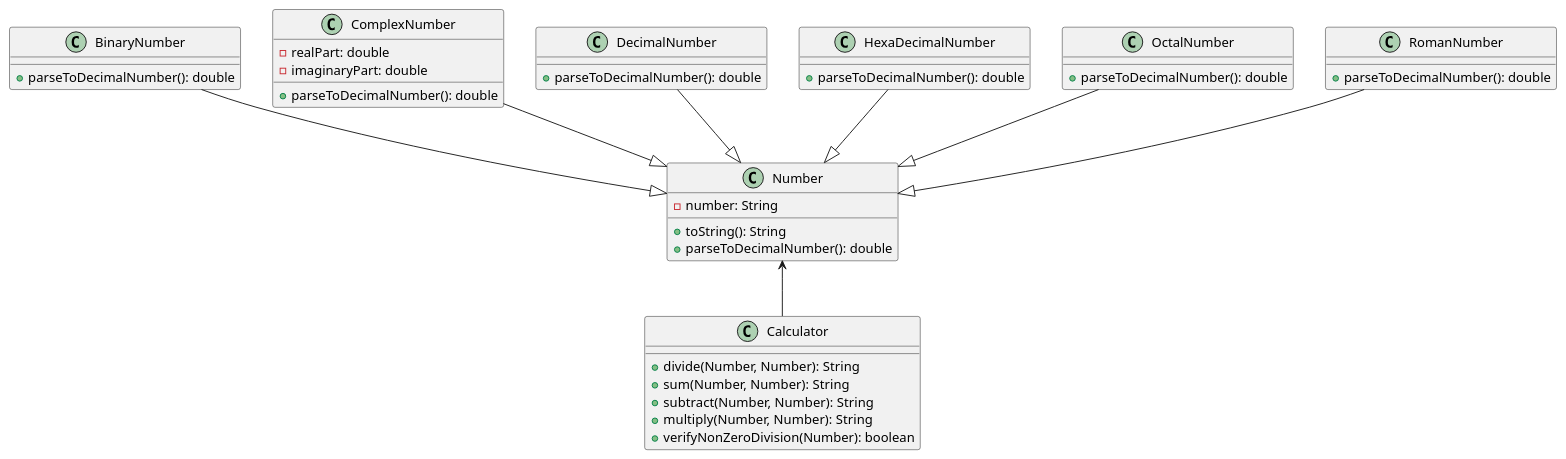
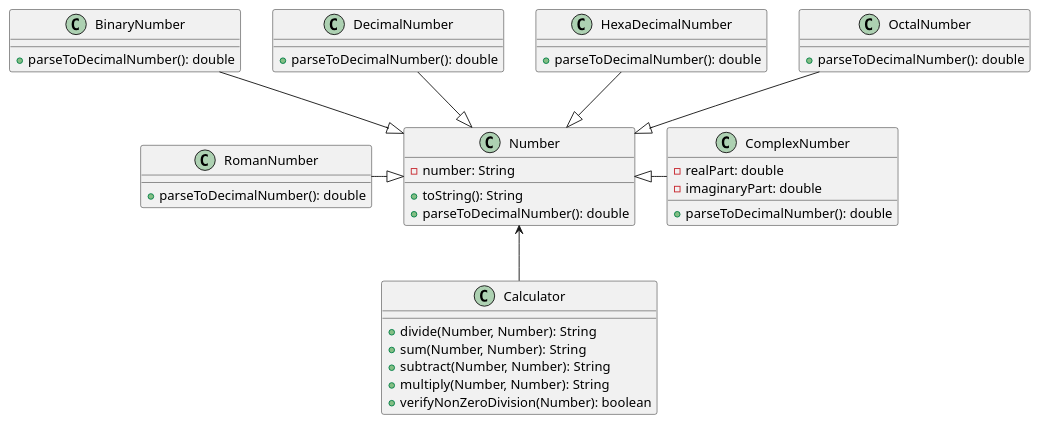
Before and after one commit to wesdell/calculator_design: the diagram in src/Calculator.puml, drawn with PlantUML.

Commit message:
Update calculator design

```diff
--- a/src/Calculator.puml
+++ b/src/Calculator.puml
@@ -1,43 +1,43 @@
 @startuml
 class BinaryNumber {
   + parseToDecimalNumber(): double
 }
 class Calculator {
   + divide(Number, Number): String
   + sum(Number, Number): String
   + subtract(Number, Number): String
   + multiply(Number, Number): String
   + verifyNonZeroDivision(Number): boolean
 }
 class ComplexNumber {
   - realPart: double
   - imaginaryPart: double
   + parseToDecimalNumber(): double
 }
 class DecimalNumber {
   + parseToDecimalNumber(): double
 }
 class HexaDecimalNumber {
   + parseToDecimalNumber(): double
 }
 class Number {
   - number: String
   + toString(): String
   + parseToDecimalNumber(): double
 }
 class OctalNumber {
   + parseToDecimalNumber(): double
 }
 class RomanNumber {
   + parseToDecimalNumber(): double
 }
 
 Calculator -u-> Number
 
-BinaryNumber       --|>  Number
-ComplexNumber      --|>  Number
-DecimalNumber      --|>  Number
-HexaDecimalNumber  --|>  Number
-OctalNumber        --|>  Number
-RomanNumber        --|>  Number
+BinaryNumber       -d-|>  Number
+DecimalNumber      -d-|>  Number
+HexaDecimalNumber  -d-|>  Number
+OctalNumber        -d-|>  Number
+RomanNumber        -r-|>  Number
+ComplexNumber      -l-|>  Number
 @enduml
```
